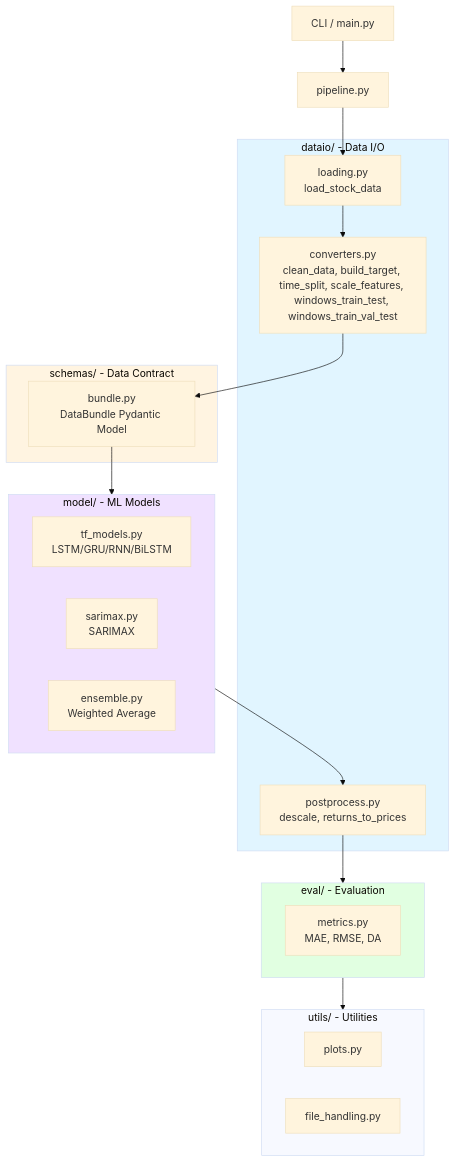
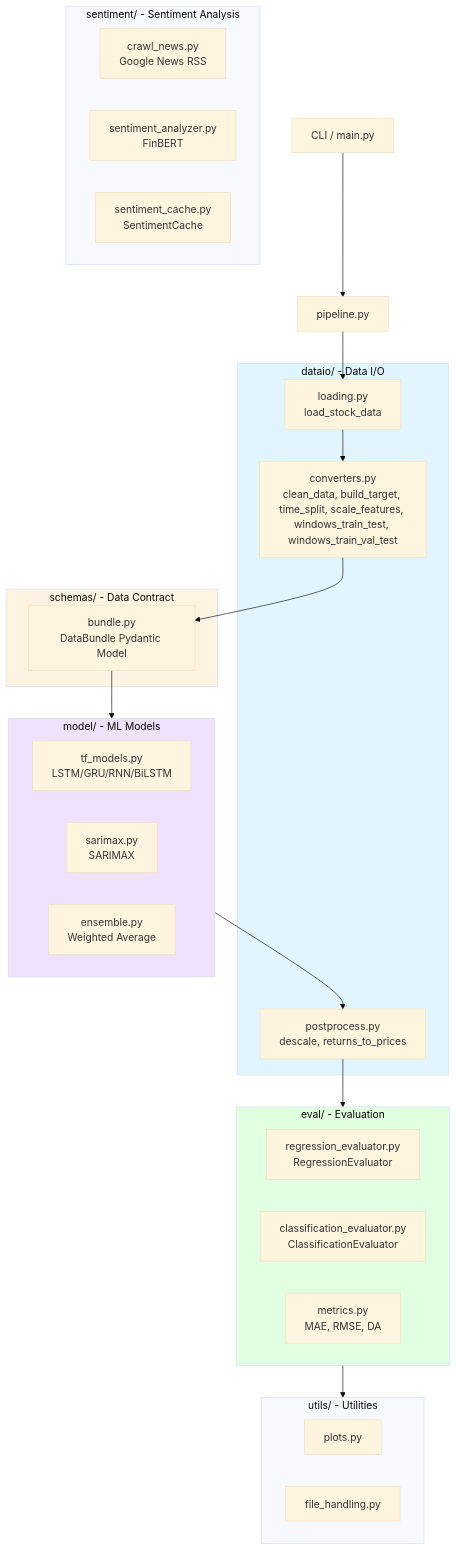
The first of 4 diagrams in architecture.md (Leissha/stock_prediction), drawn with Mermaid (base theme) before and after one commit. The commit also changed other lines of this file and 32 other files, not shown here.

````diff
--- a/architecture.md
+++ b/architecture.md
@@ -44,42 +44,50 @@
 ```mermaid
 graph TB
     CLI[CLI / main.py] --> PIPELINE[pipeline.py]
 
     subgraph DATAIO[dataio/ - Data I/O]
         LOAD[loading.py<br/>load_stock_data]
         CONV[converters.py<br/>clean_data, build_target, time_split, scale_features, windows_train_test, windows_train_val_test]
         POST[postprocess.py<br/>descale, returns_to_prices]
     end
 
     subgraph SCHEMAS[schemas/ - Data Contract]
         BUNDLE[bundle.py<br/>DataBundle Pydantic Model]
     end
 
     subgraph MODELS[model/ - ML Models]
         TF[tf_models.py<br/>LSTM/GRU/RNN/BiLSTM]
         SARIMA[sarimax.py<br/>SARIMAX]
         ENS[ensemble.py<br/>Weighted Average]
     end
 
+    subgraph SENTIMENT[sentiment/ - Sentiment Analysis]
+        CRAWL[crawl_news.py<br/>Google News RSS]
+        ANALYZER[sentiment_analyzer.py<br/>FinBERT]
+        CACHE[sentiment_cache.py<br/>SentimentCache]
+    end
+
     subgraph EVAL[eval/ - Evaluation]
+        REGRESSION[regression_evaluator.py<br/>RegressionEvaluator]
+        CLASSIFICATION[classification_evaluator.py<br/>ClassificationEvaluator]
         METRICS[metrics.py<br/>MAE, RMSE, DA]
     end
 
     subgraph UTILS[utils/ - Utilities]
         PLOTS[plots.py]
         FILES[file_handling.py]
     end
 
     PIPELINE --> LOAD
     LOAD --> CONV
     CONV --> BUNDLE
     BUNDLE --> MODELS
     MODELS --> POST
     POST --> EVAL
     EVAL --> UTILS
 
     style DATAIO fill:#e1f5ff
     style SCHEMAS fill:#fff4e1
     style MODELS fill:#f0e1ff
     style EVAL fill:#e1ffe1
 ```
````
